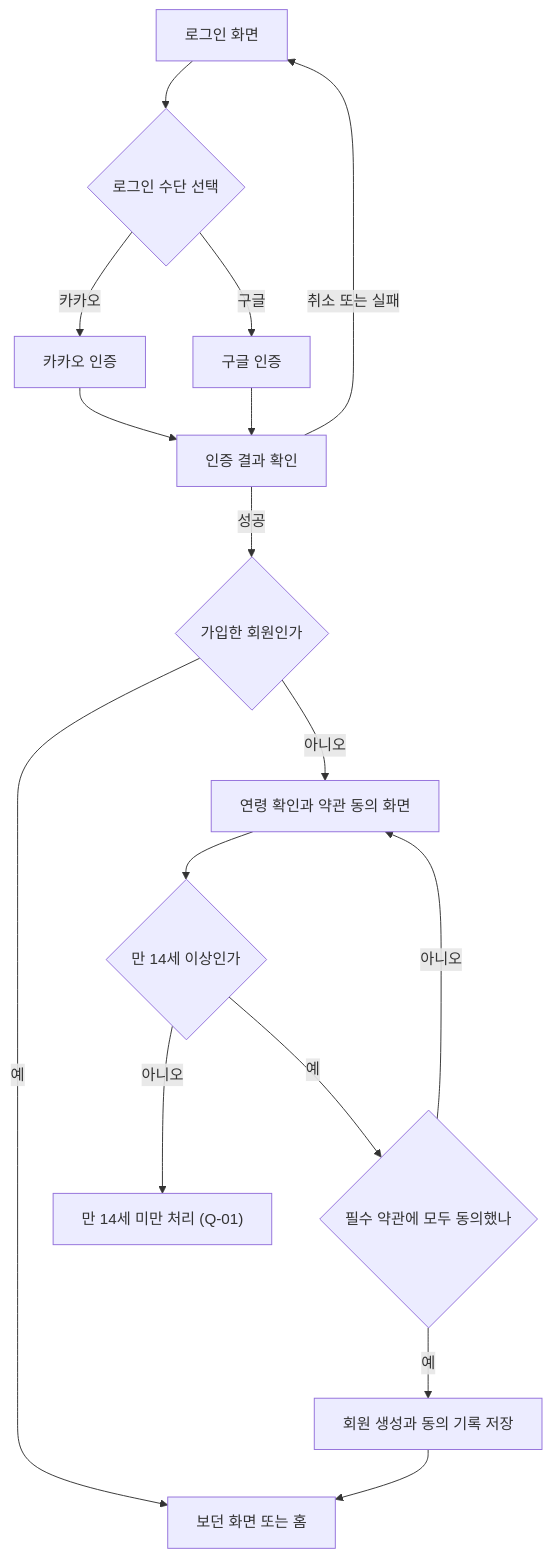
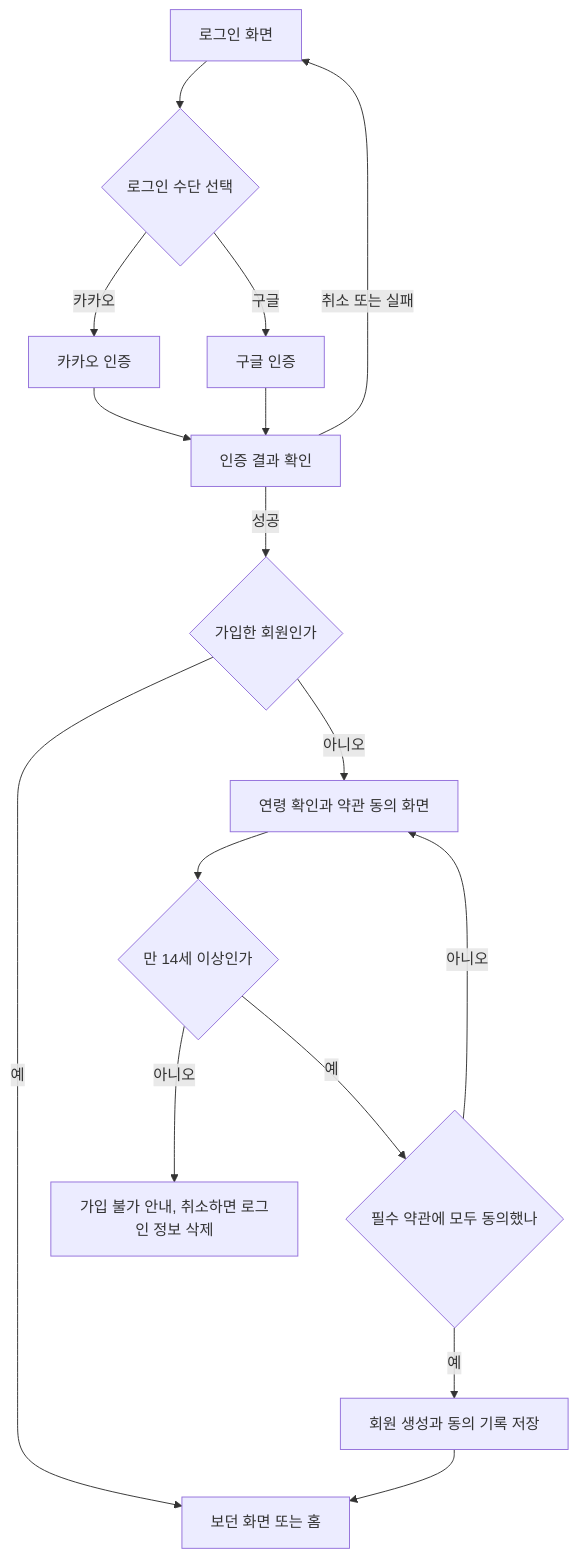
The first of 2 diagrams in docs/specs/001-account/requirements.md (god3v/hamtteukka), drawn with Mermaid before and after one commit. The commit also changed other lines of this file and 4 other files, not shown here.

````diff
--- a/docs/specs/001-account/requirements.md
+++ b/docs/specs/001-account/requirements.md
@@ -53,18 +61,18 @@
 ```mermaid
 flowchart TD
     login["로그인 화면"] --> pick{"로그인 수단 선택"}
     pick -->|"카카오"| kakao["카카오 인증"]
     pick -->|"구글"| google["구글 인증"]
     kakao --> verify["인증 결과 확인"]
     google --> verify
     verify -->|"취소 또는 실패"| login
     verify -->|"성공"| member{"가입한 회원인가"}
     member -->|"예"| back["보던 화면 또는 홈"]
     member -->|"아니오"| terms["연령 확인과 약관 동의 화면"]
     terms --> age{"만 14세 이상인가"}
-    age -->|"아니오"| minor["만 14세 미만 처리 (Q-01)"]
+    age -->|"아니오"| minor["가입 불가 안내, 취소하면 로그인 정보 삭제"]
     age -->|"예"| required{"필수 약관에 모두 동의했나"}
     required -->|"아니오"| terms
     required -->|"예"| create["회원 생성과 동의 기록 저장"]
     create --> back
 ```
````
